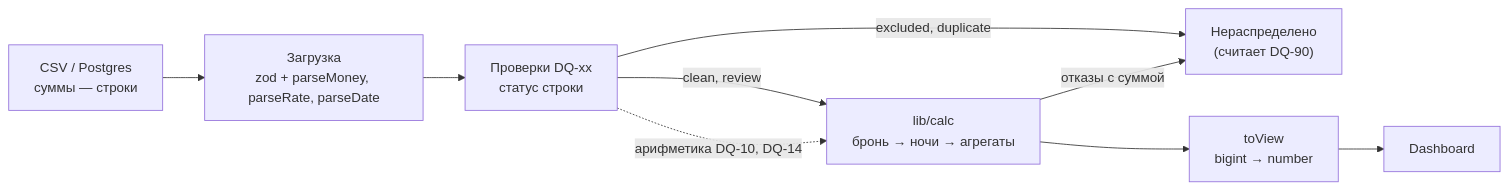
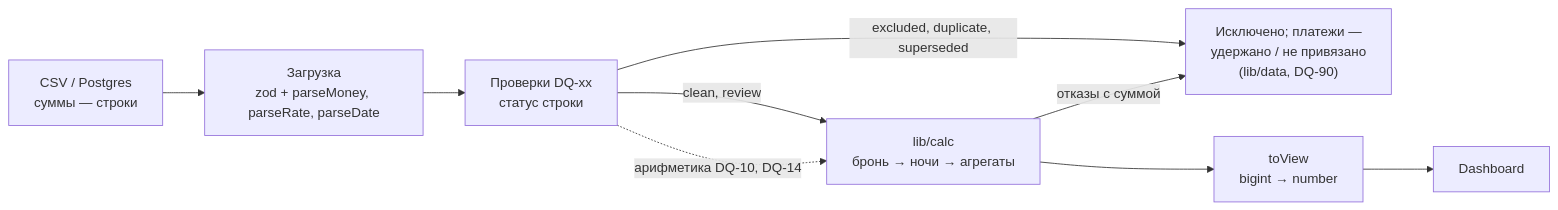
The diagram in docs/CALCULATION_MODULE.md (ProjectINT/business-system), drawn with Mermaid before and after one commit. The commit also changed other lines of this file and 6 other files, not shown here.

````diff
--- a/docs/CALCULATION_MODULE.md
+++ b/docs/CALCULATION_MODULE.md
@@ -18,11 +20,11 @@
 ```mermaid
 flowchart LR
   SRC["CSV / Postgres<br/>суммы — строки"] --> ING["Загрузка<br/>zod + parseMoney, parseRate, parseDate"]
   ING --> DQ["Проверки DQ-xx<br/>статус строки"]
   DQ -->|"clean, review"| CALC["lib/calc<br/>бронь → ночи → агрегаты"]
-  DQ -->|"excluded, duplicate"| UNA["Нераспределено<br/>(считает DQ-90)"]
+  DQ -->|"excluded, duplicate, superseded"| UNA["Исключено; платежи —<br/>удержано / не привязано<br/>(lib/data, DQ-90)"]
   CALC -->|"отказы с суммой"| UNA
   CALC --> VIEW["toView<br/>bigint → number"]
   VIEW --> UI["Dashboard"]
   DQ -.->|"арифметика DQ-10, DQ-14"| CALC
 ```
````
